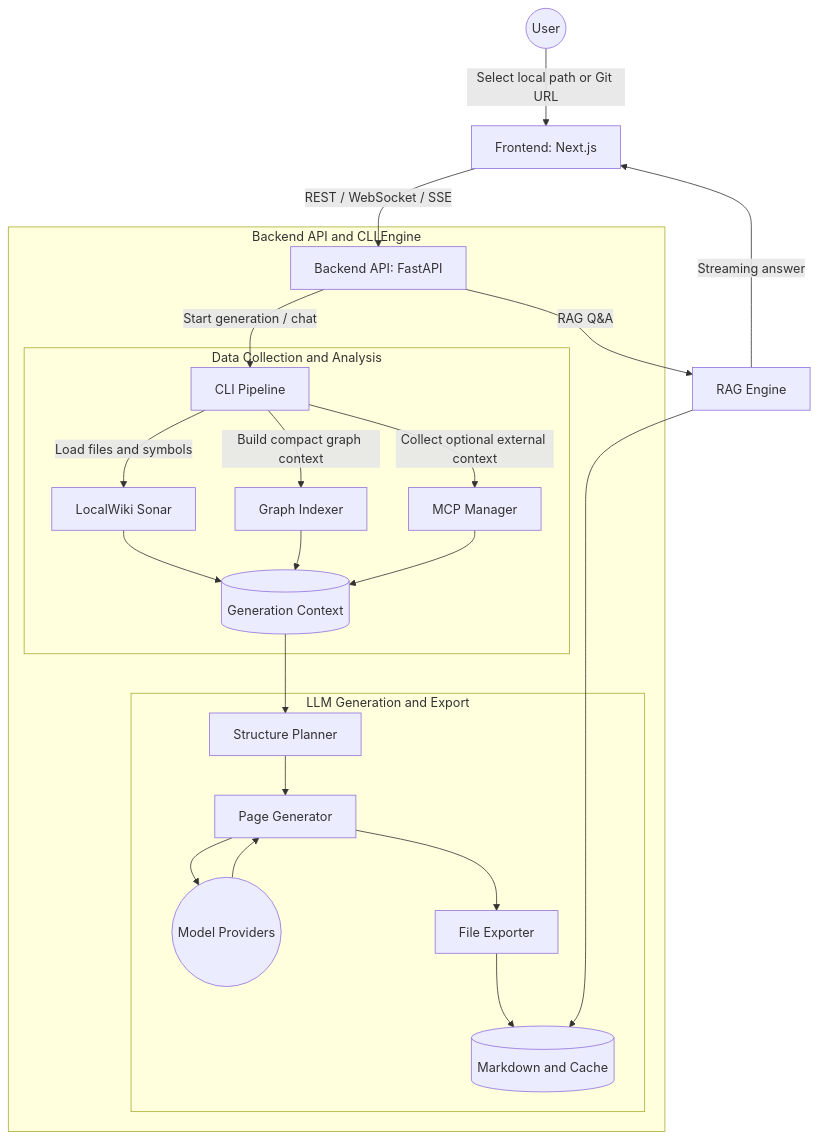
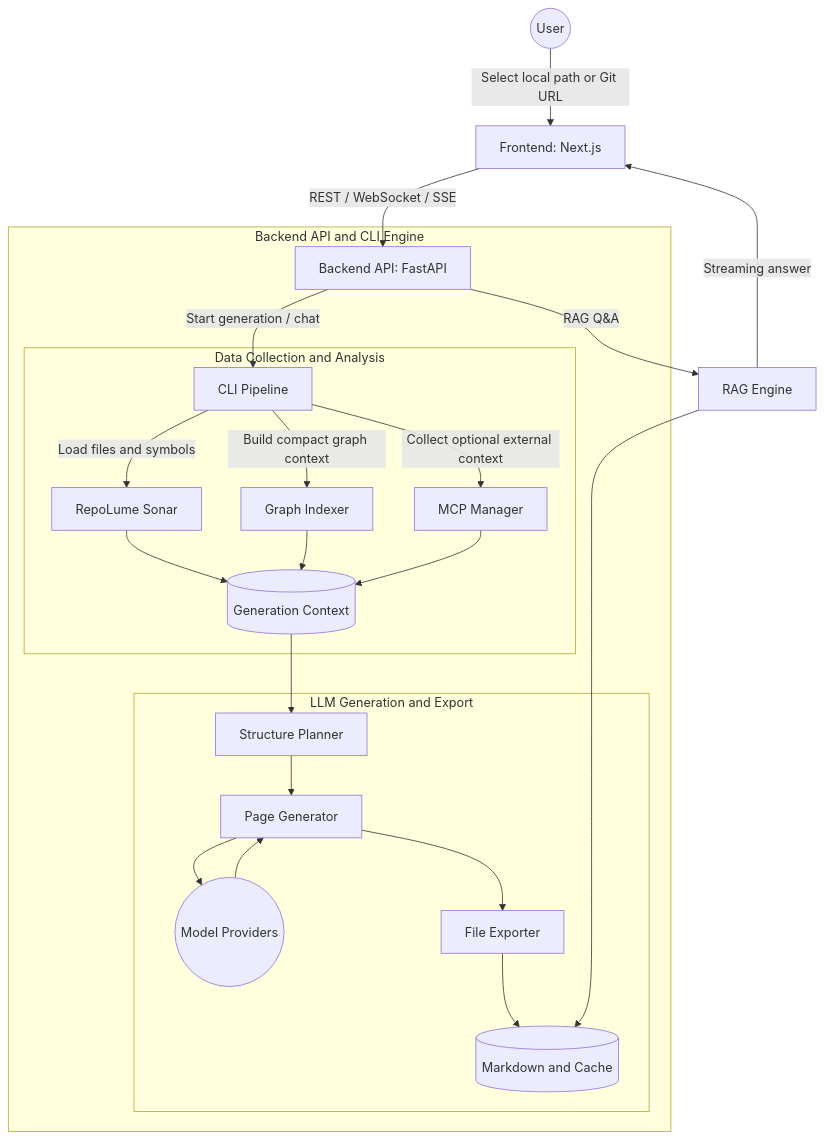
One commit to anjwoc/RepoLume changed the diagram in docs/architecture.md. Above: the diagram before and after it, drawn with Mermaid. The commit also changed other lines of this file and 133 other files, not shown here.

Commit message:
feat: rebrand LocalWiki as RepoLume

````diff
--- a/docs/architecture.md
+++ b/docs/architecture.md
@@ -7,31 +7,31 @@
 ```mermaid
 graph TD
     User((User)) -->|Select local path or Git URL| UI[Frontend: Next.js]
     UI -->|REST / WebSocket / SSE| API[Backend API: FastAPI]
 
     subgraph Engine["Backend API and CLI Engine"]
         API -->|Start generation / chat| CLI[CLI Pipeline]
 
         subgraph Analysis["Data Collection and Analysis"]
-            CLI -->|Load files and symbols| Sonar[LocalWiki Sonar]
+            CLI -->|Load files and symbols| Sonar[RepoLume Sonar]
             CLI -->|Build compact graph context| Indexer[Graph Indexer]
             CLI -->|Collect optional external context| MCP[MCP Manager]
             Sonar --> Context[(Generation Context)]
             Indexer --> Context
             MCP --> Context
         end
 
         subgraph Generation["LLM Generation and Export"]
             Context --> Planner[Structure Planner]
             Planner --> Generator[Page Generator]
             Generator --> Providers((Model Providers))
             Providers --> Generator
             Generator --> Exporter[File Exporter]
             Exporter --> Disk[(Markdown and Cache)]
         end
     end
 
     API -->|RAG Q&A| RAG[RAG Engine]
     RAG --> Disk
     RAG -->|Streaming answer| UI
 ```
````
